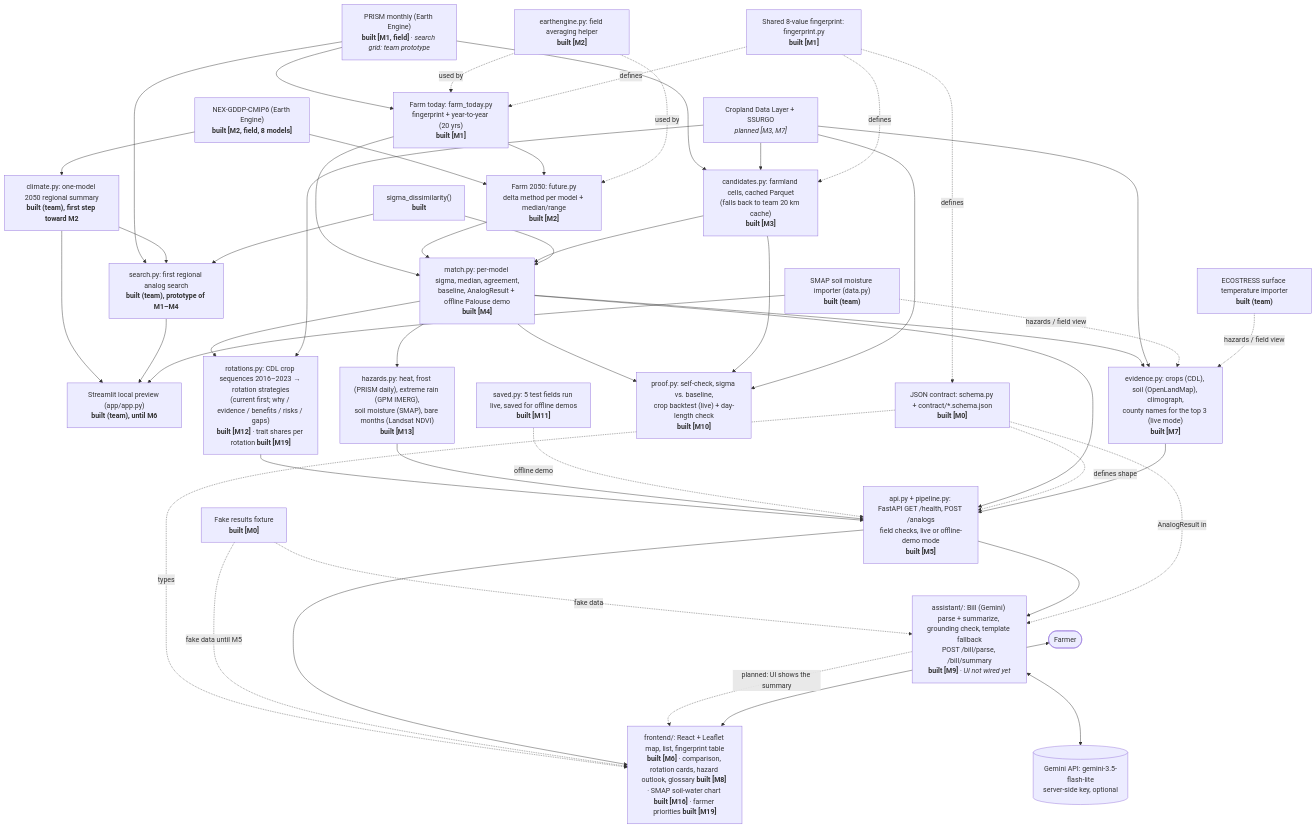
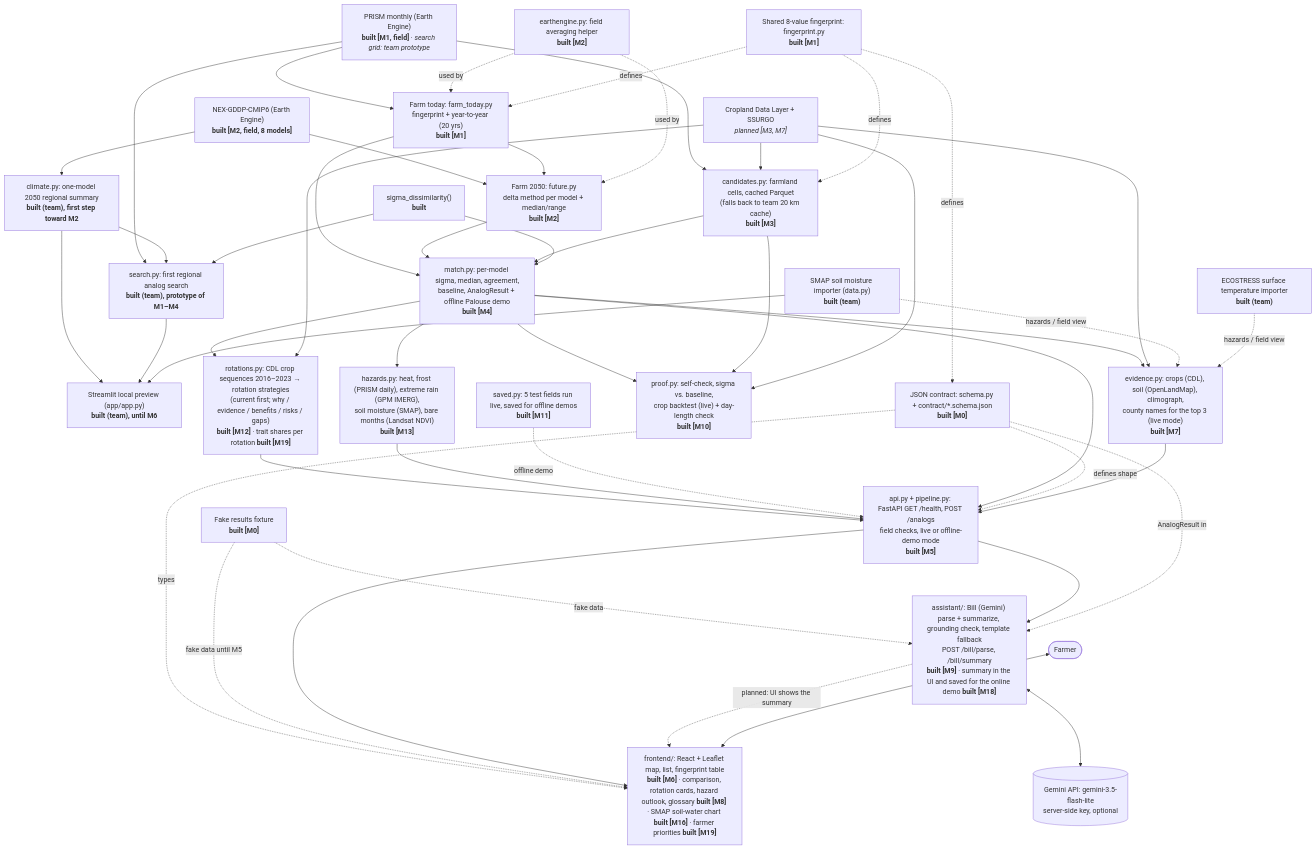
One commit to trafwel/farm-analog changed the diagram in docs/ARCHITECTURE.md. Above: the diagram before and after it, drawn with Mermaid. The commit also changed other lines of this file and 25 other files, not shown here.

First line of the commit message:
M18: Plain-language summaries in the online demo

````diff
--- a/docs/ARCHITECTURE.md
+++ b/docs/ARCHITECTURE.md
@@ -7,79 +7,79 @@
 ```mermaid
 flowchart TD
     PRISM["PRISM monthly (Earth Engine)<br/><b>built [M1, field]</b> · <i>search grid: team prototype</i>"]
     CMIP["NEX-GDDP-CMIP6 (Earth Engine)<br/><b>built [M2, field, 8 models]</b>"]
     CDL["Cropland Data Layer + SSURGO<br/><i>planned [M3, M7]</i>"]
     SMAP["SMAP soil moisture importer (data.py)<br/><b>built (team)</b>"]
     ECO["ECOSTRESS surface temperature importer<br/><b>built (team)</b>"]
     CLIM["climate.py: one-model 2050 regional summary<br/><b>built (team), first step toward M2</b>"]
     PREVIEW["Streamlit local preview (app/app.py)<br/><b>built (team), until M6</b>"]
     SEARCH["search.py: first regional analog search<br/><b>built (team), prototype of M1–M4</b>"]
 
     FT["Farm today: farm_today.py<br/>fingerprint + year-to-year (20 yrs)<br/><b>built [M1]</b>"]
     FPRINT["Shared 8-value fingerprint: fingerprint.py<br/><b>built [M1]</b>"]
     F50["Farm 2050: future.py<br/>delta method per model + median/range<br/><b>built [M2]</b>"]
     EEH["earthengine.py: field averaging helper<br/><b>built [M2]</b>"]
     CAND["candidates.py: farmland cells, cached Parquet<br/>(falls back to team 20 km cache)<br/><b>built [M3]</b>"]
     SIGMA["sigma_dissimilarity()<br/><b>built</b>"]
     MATCH["match.py: per-model sigma, median, agreement,<br/>baseline, AnalogResult + offline Palouse demo<br/><b>built [M4]</b>"]
     SAVED["saved.py: 5 test fields run live, saved for offline demos<br/><b>built [M11]</b>"]
     ROT["rotations.py: CDL crop sequences 2016–2023 → rotation strategies<br/>(current first; why / evidence / benefits / risks / gaps)<br/><b>built [M12]</b> · trait shares per rotation <b>built [M19]</b>"]
     HAZ["hazards.py: heat, frost (PRISM daily), extreme rain (GPM IMERG),<br/>soil moisture (SMAP), bare months (Landsat NDVI)<br/><b>built [M13]</b>"]
     PROOF["proof.py: self-check, sigma vs. baseline,<br/>crop backtest (live) + day-length check<br/><b>built [M10]</b>"]
     EVID["evidence.py: crops (CDL), soil (OpenLandMap), climograph,<br/>county names for the top 3 (live mode)<br/><b>built [M7]</b>"]
 
     CONTRACT["JSON contract: schema.py + contract/*.schema.json<br/><b>built [M0]</b>"]
     FIX["Fake results fixture<br/><b>built [M0]</b>"]
     API["api.py + pipeline.py: FastAPI GET /health, POST /analogs<br/>field checks, live or offline-demo mode<br/><b>built [M5]</b>"]
     UI["frontend/: React + Leaflet map, list, fingerprint table<br/><b>built [M6]</b> · comparison, rotation cards, hazard outlook, glossary <b>built [M8]</b> · SMAP soil-water chart <b>built [M16]</b> · farmer priorities <b>built [M19]</b>"]
-    BILL["assistant/: Bill (Gemini) parse + summarize, grounding check, template fallback<br/>POST /bill/parse, /bill/summary<br/><b>built [M9]</b> · <i>UI not wired yet</i>"]
+    BILL["assistant/: Bill (Gemini) parse + summarize, grounding check, template fallback<br/>POST /bill/parse, /bill/summary<br/><b>built [M9]</b> · summary in the UI and saved for the online demo <b>built [M18]</b>"]
     GEMINI[("Gemini API: gemini-3.5-flash-lite<br/>server-side key, optional")]
     FARMER(["Farmer"])
 
     PRISM --> FT
     PRISM --> CAND
     CMIP --> F50
     FT --> F50
     CDL --> CAND
     FT --> MATCH
     F50 --> MATCH
     CAND --> MATCH
     SIGMA --> MATCH
     MATCH --> EVID
     MATCH --> PROOF
     MATCH --> ROT
     CDL --> ROT
     MATCH --> HAZ
     ROT --> API
     HAZ --> API
     SAVED -. offline demo .-> API
     CAND --> PROOF
     CDL --> PROOF
     CDL --> EVID
     MATCH --> API
     EEH -. used by .-> FT
     EEH -. used by .-> F50
     FPRINT -. defines .-> FT
     FPRINT -. defines .-> CAND
     FPRINT -. defines .-> CONTRACT
     CMIP --> CLIM
     CLIM --> PREVIEW
     PRISM --> SEARCH
     CLIM --> SEARCH
     SIGMA --> SEARCH
     SEARCH --> PREVIEW
     SMAP --> PREVIEW
     SMAP -. hazards / field view .-> EVID
     ECO -. hazards / field view .-> EVID
     CONTRACT -. defines shape .-> API
     CONTRACT -. types .-> UI
     FIX -. fake data until M5 .-> UI
     FIX -. fake data .-> BILL
     EVID --> API
     API --> UI
     API --> BILL
     BILL -. planned: UI shows the summary .-> UI
     BILL <--> GEMINI
     CONTRACT -. AnalogResult in .-> BILL
     FARMER <--> UI
 ```
````
